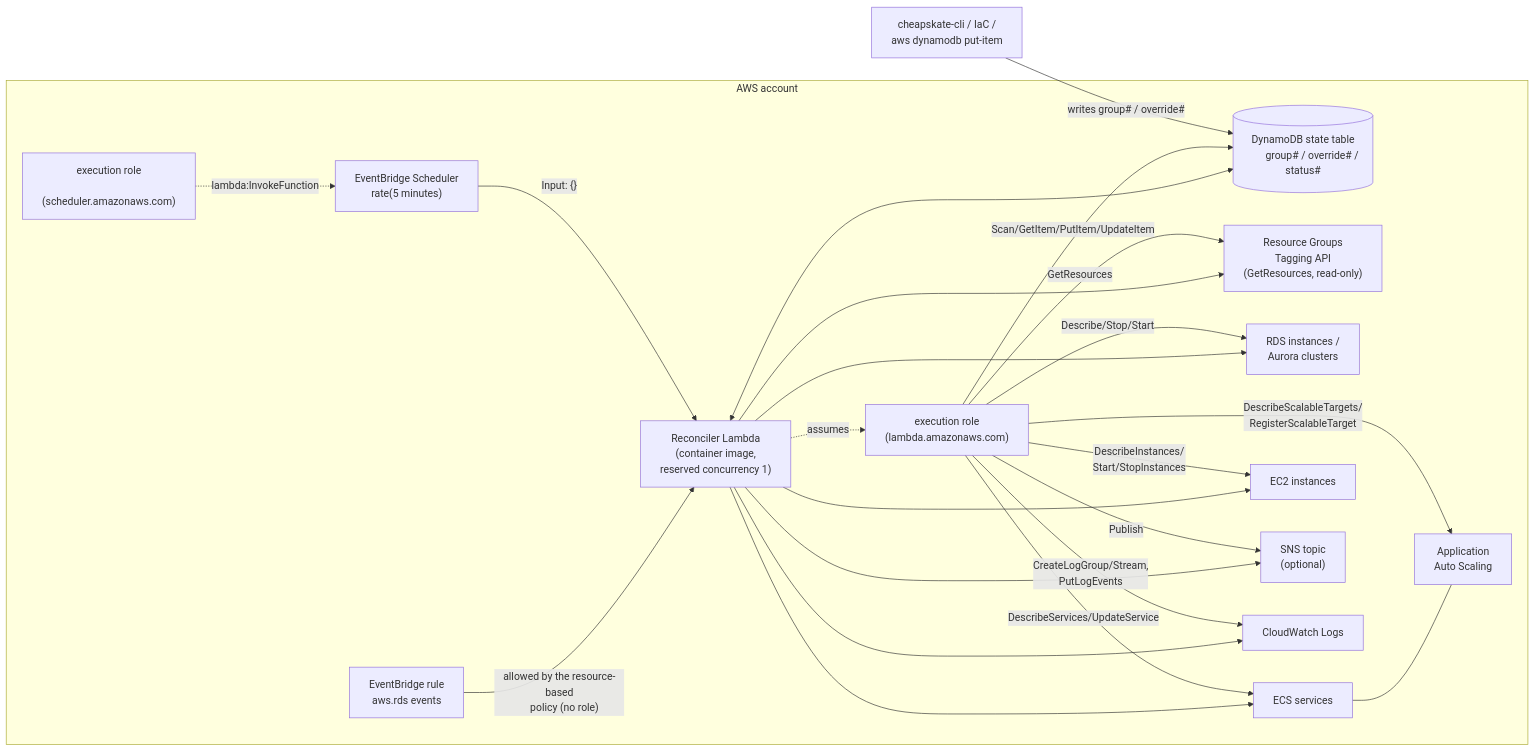
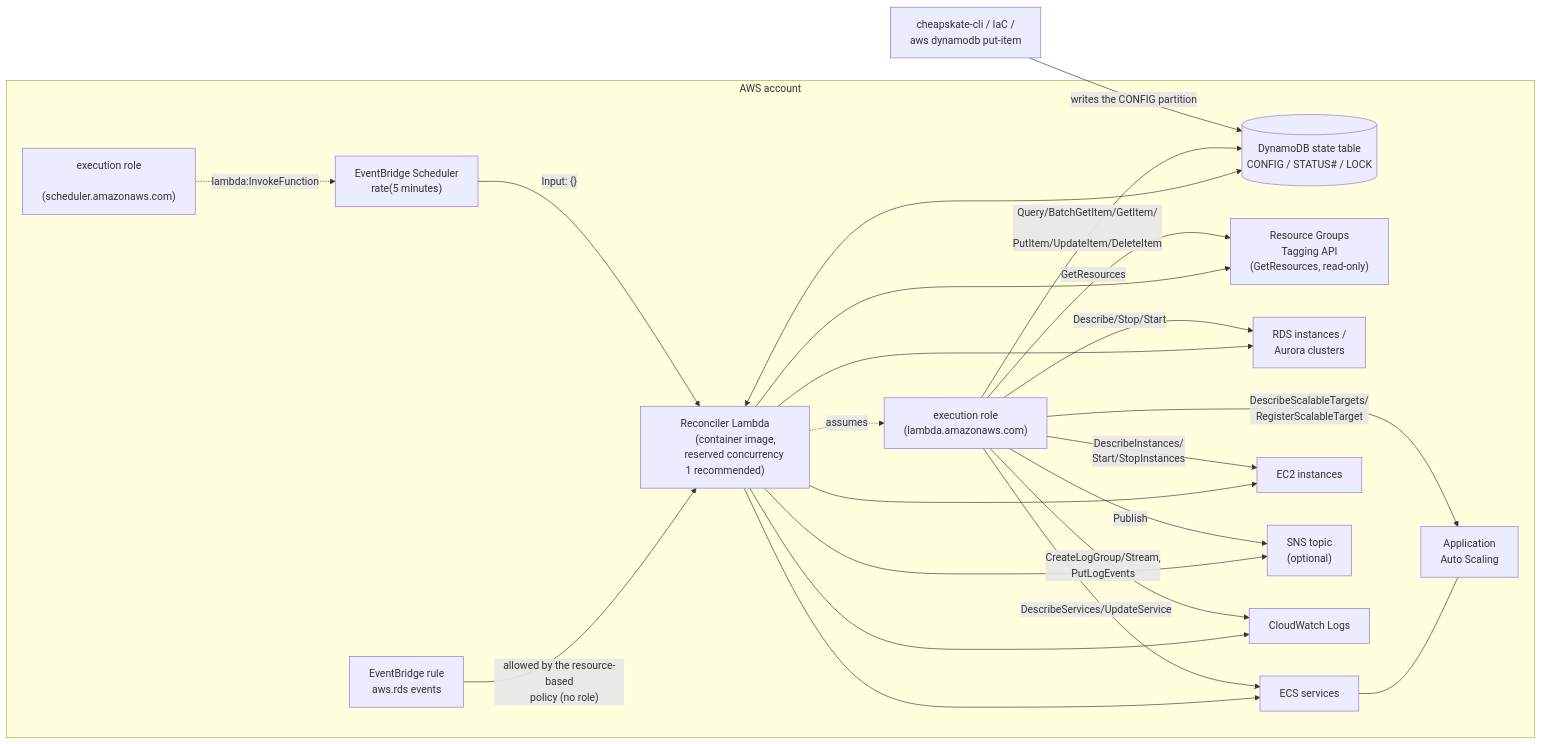
The first of 2 diagrams in docs/en/architecture/aws_resources.md (moepig/cheapskate), drawn with Mermaid before and after one commit. The commit also changed other lines of this file and 15 other files, not shown here.

````diff
--- a/docs/en/architecture/aws_resources.md
+++ b/docs/en/architecture/aws_resources.md
@@ -9,62 +9,63 @@
 ```mermaid
 flowchart LR
     ops["cheapskate-cli / IaC /
     aws dynamodb put-item"]
 
     subgraph account["AWS account"]
         sched["EventBridge Scheduler
         rate(5 minutes)"]
         schedrole["execution role
         (scheduler.amazonaws.com)"]
         rule["EventBridge rule
         aws.rds events"]
         fn["Reconciler Lambda
         (container image,
-        reserved concurrency 1)"]
+        reserved concurrency 1 recommended)"]
         role["execution role
         (lambda.amazonaws.com)"]
         ddb[("DynamoDB state table
-        group# / override# / status#")]
+        CONFIG / STATUS# / LOCK")]
         tagapi["Resource Groups
         Tagging API
         (GetResources, read-only)"]
         rds["RDS instances /
         Aurora clusters"]
         ecs["ECS services"]
         aas["Application
         Auto Scaling"]
         ec2["EC2 instances"]
         sns["SNS topic
         (optional)"]
         logs["CloudWatch Logs"]
     end
 
-    ops -- "writes group# / override#" --> ddb
+    ops -- "writes the CONFIG partition" --> ddb
 
     schedrole -. "lambda:InvokeFunction" .-> sched
     sched -- "Input: {}" --> fn
     rule -- "allowed by the resource-based
     policy (no role)" --> fn
 
     fn -. assumes .-> role
-    role -- "Scan/GetItem/PutItem/UpdateItem" --> ddb
+    role -- "Query/BatchGetItem/GetItem/
+    PutItem/UpdateItem/DeleteItem" --> ddb
     role -- "GetResources" --> tagapi
     role -- "Describe/Stop/Start" --> rds
     role -- "DescribeServices/UpdateService" --> ecs
     role -- "DescribeScalableTargets/
     RegisterScalableTarget" --> aas
     role -- "DescribeInstances/
     Start/StopInstances" --> ec2
     role -- "Publish" --> sns
     role -- "CreateLogGroup/Stream,
     PutLogEvents" --> logs
 
     fn <--> ddb
     fn --> tagapi
     fn --> rds
     fn --> ecs
     ecs --- aas
     fn --> ec2
     fn --> sns
     fn --> logs
 ```
````
